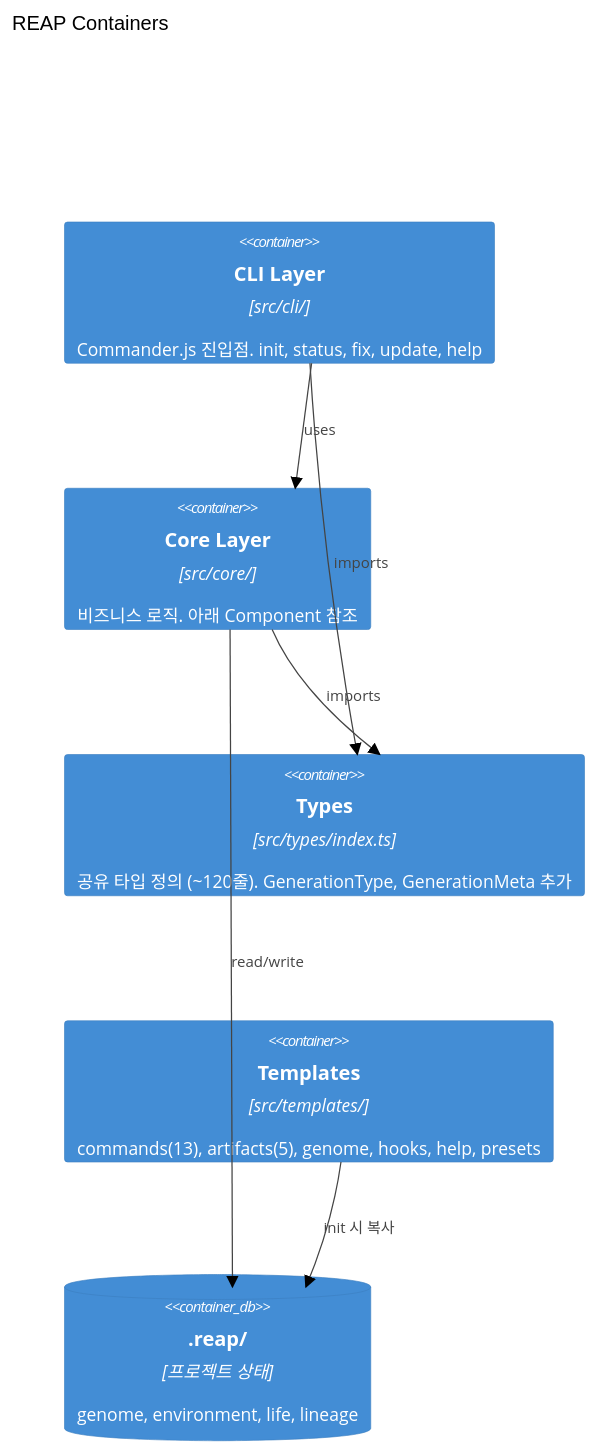
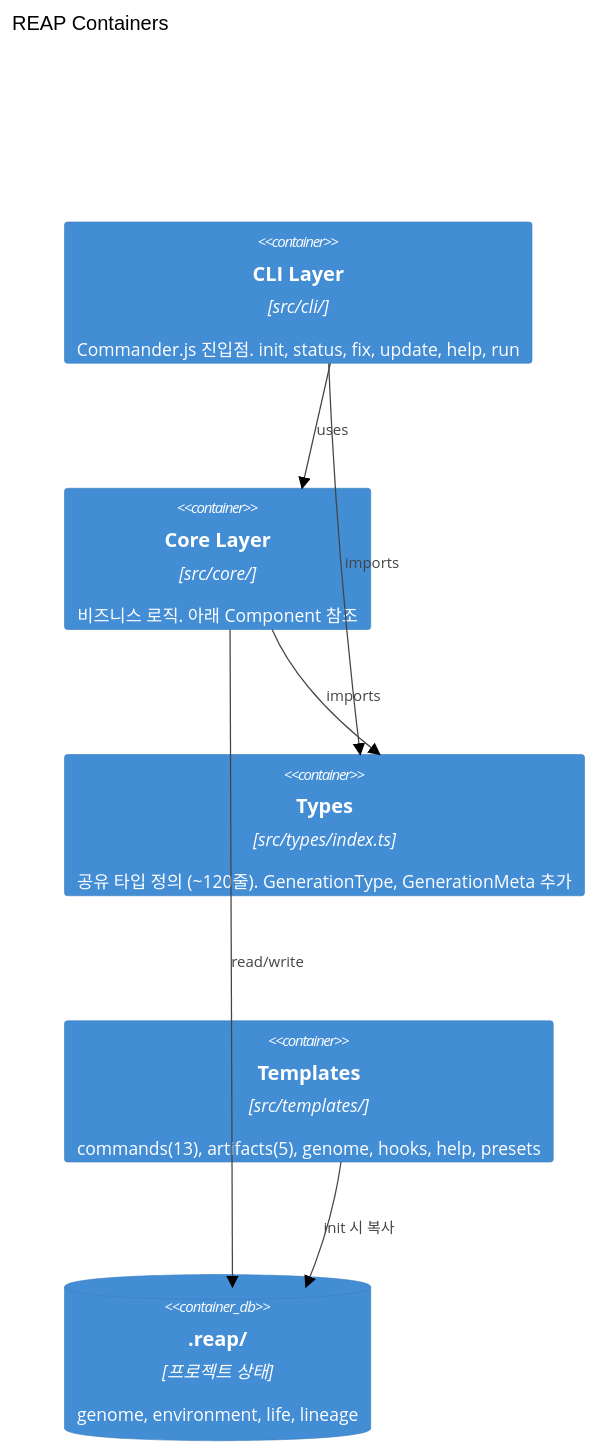
One commit to c-d-cc/reap changed the second of 3 diagrams in .reap/genome/source-map.md. Above: the diagram before and after it, drawn with Mermaid (neutral theme). The commit also changed other lines of this file and 28 other files, not shown here.

Commit message:
feat(gen-087-adc61f): Script Orchestrator Architecture — reap run CLI primitives

````diff
--- a/.reap/genome/source-map.md
+++ b/.reap/genome/source-map.md
@@ -29,16 +29,16 @@
 ```mermaid
 C4Container
   title REAP Containers
 
-  Container(cli, "CLI Layer", "src/cli/", "Commander.js 진입점. init, status, fix, update, help")
+  Container(cli, "CLI Layer", "src/cli/", "Commander.js 진입점. init, status, fix, update, help, run")
   Container(core, "Core Layer", "src/core/", "비즈니스 로직. 아래 Component 참조")
   Container(types, "Types", "src/types/index.ts", "공유 타입 정의 (~120줄). GenerationType, GenerationMeta 추가")
   Container(templates, "Templates", "src/templates/", "commands(13), artifacts(5), genome, hooks, help, presets")
 
   Rel(cli, core, "uses")
   Rel(cli, types, "imports")
   Rel(core, types, "imports")
   ContainerDb(reapDir, ".reap/", "프로젝트 상태", "genome, environment, life, lineage")
   Rel(core, reapDir, "read/write")
   Rel(templates, reapDir, "init 시 복사")
 ```
````
